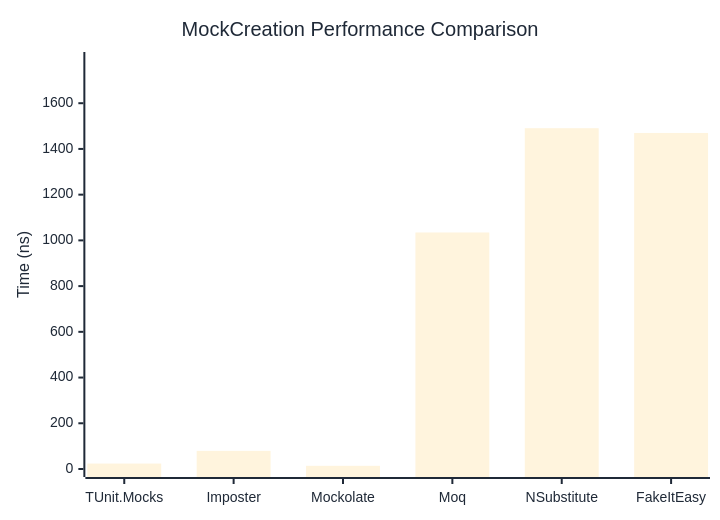
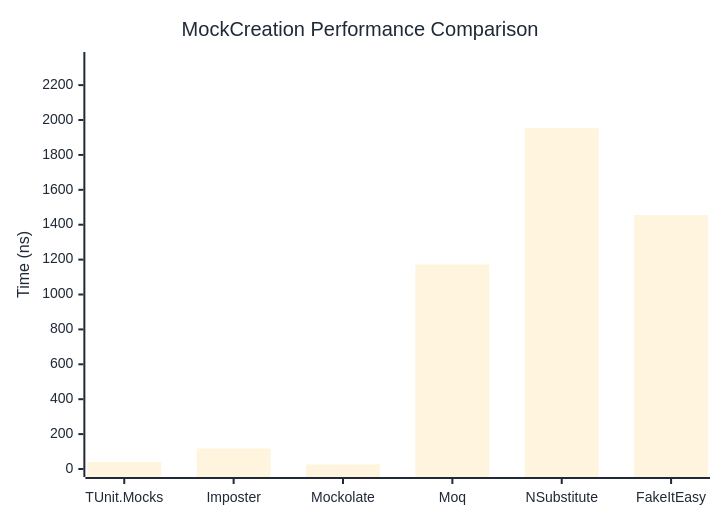
Before and after one commit to thomhurst/TUnit: the first of 2 diagrams in docs/docs/benchmarks/mocks/MockCreation.md, drawn with Mermaid. The commit also changed other lines of this file and 14 other files, not shown here.

````diff
--- a/docs/docs/benchmarks/mocks/MockCreation.md
+++ b/docs/docs/benchmarks/mocks/MockCreation.md
@@ -30,27 +30,27 @@
 ```mermaid
 %%{init: {
   'theme':'base',
   'themeVariables': {
     'primaryColor': '#2563eb',
     'primaryTextColor': '#1f2937',
     'primaryBorderColor': '#1e40af',
     'lineColor': '#6b7280',
     'secondaryColor': '#7c3aed',
     'tertiaryColor': '#dc2626',
     'background': '#ffffff',
     'pie1': '#2563eb',
     'pie2': '#7c3aed',
     'pie3': '#dc2626',
     'pie4': '#f59e0b',
     'pie5': '#10b981',
     'pie6': '#06b6d4',
     'pie7': '#ec4899',
     'pie8': '#6366f1'
   }
 }}%%
 xychart-beta
   title "MockCreation Performance Comparison"
   x-axis ["TUnit.Mocks", "Imposter", "Mockolate", "Moq", "NSubstitute", "FakeItEasy"]
-  y-axis "Time (ns)" 0 --> 1789
-  bar [23.81, 79.31, 13.96, 1034.52, 1490.67, 1469.84]
+  y-axis "Time (ns)" 0 --> 2344
+  bar [40.18, 117.43, 26.03, 1172.03, 1952.8, 1455.93]
 ```
````
